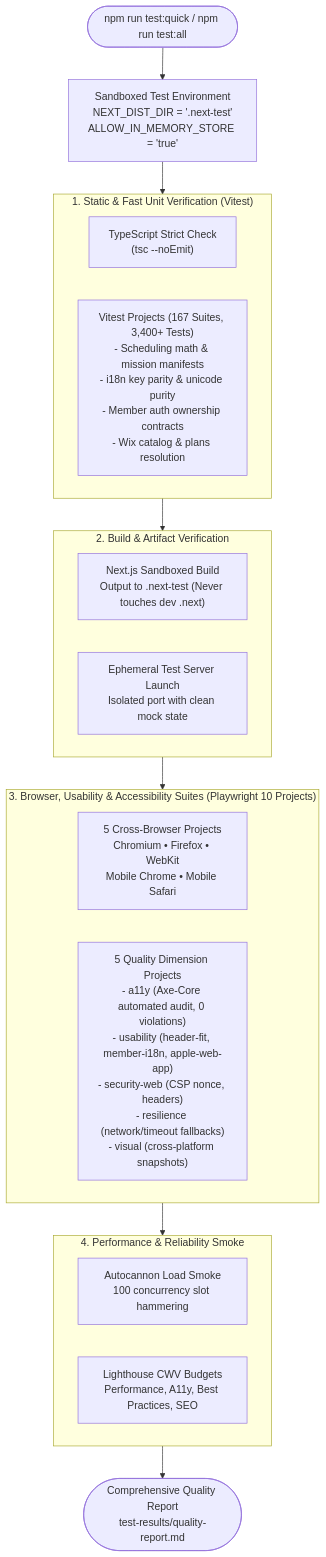
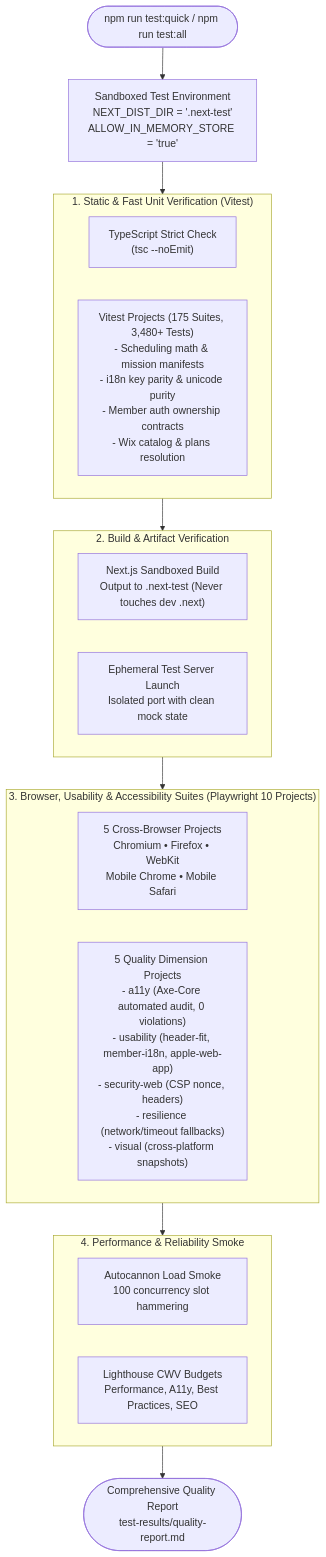
The seventh of 7 diagrams in ARCHITECTURE.md (hatan4ik/simdream-website), drawn with Mermaid before and after one commit. The commit also changed other lines of this file and 4 other files, not shown here.

Commit message:
docs: sync AGENTS, GENESIS, ARCHITECTURE, README, and .env.example with v1.30.0 codebase

````diff
--- a/ARCHITECTURE.md
+++ b/ARCHITECTURE.md
@@ -321,30 +321,30 @@
 ```mermaid
 flowchart TD
     Trigger(["npm run test:quick / npm run test:all"]) --> EnvCheck["Sandboxed Test Environment<br/>NEXT_DIST_DIR = '.next-test'<br/>ALLOW_IN_MEMORY_STORE = 'true'"]
 
     subgraph Stage1["1. Static & Fast Unit Verification (Vitest)"]
         Typecheck["TypeScript Strict Check<br/>(tsc --noEmit)"]
-        UnitTests["Vitest Projects (167 Suites, 3,400+ Tests)<br/>- Scheduling math & mission manifests<br/>- i18n key parity & unicode purity<br/>- Member auth ownership contracts<br/>- Wix catalog & plans resolution"]
+        UnitTests["Vitest Projects (175 Suites, 3,480+ Tests)<br/>- Scheduling math & mission manifests<br/>- i18n key parity & unicode purity<br/>- Member auth ownership contracts<br/>- Wix catalog & plans resolution"]
     end
 
     subgraph Stage2["2. Build & Artifact Verification"]
         SandboxedBuild["Next.js Sandboxed Build<br/>Output to .next-test (Never touches dev .next)"]
         ServerLaunch["Ephemeral Test Server Launch<br/>Isolated port with clean mock state"]
     end
 
     subgraph Stage3["3. Browser, Usability & Accessibility Suites (Playwright 10 Projects)"]
         BrowserProjects["5 Cross-Browser Projects<br/>Chromium • Firefox • WebKit<br/>Mobile Chrome • Mobile Safari"]
         QualityProjects["5 Quality Dimension Projects<br/>- a11y (Axe-Core automated audit, 0 violations)<br/>- usability (header-fit, member-i18n, apple-web-app)<br/>- security-web (CSP nonce, headers)<br/>- resilience (network/timeout fallbacks)<br/>- visual (cross-platform snapshots)"]
     end
 
     subgraph Stage4["4. Performance & Reliability Smoke"]
         LoadSmoke["Autocannon Load Smoke<br/>100 concurrency slot hammering"]
         LighthouseAudit["Lighthouse CWV Budgets<br/>Performance, A11y, Best Practices, SEO"]
     end
 
     EnvCheck --> Stage1
     Stage1 --> Stage2
     Stage2 --> Stage3
     Stage3 --> Stage4
     Stage4 --> QualityReport(["Comprehensive Quality Report<br/>test-results/quality-report.md"])
 ```
````
